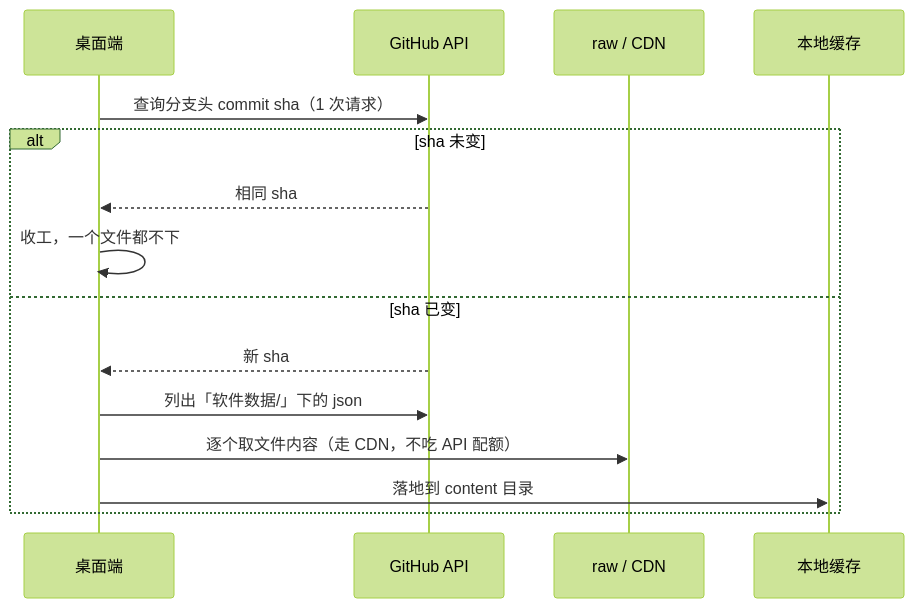
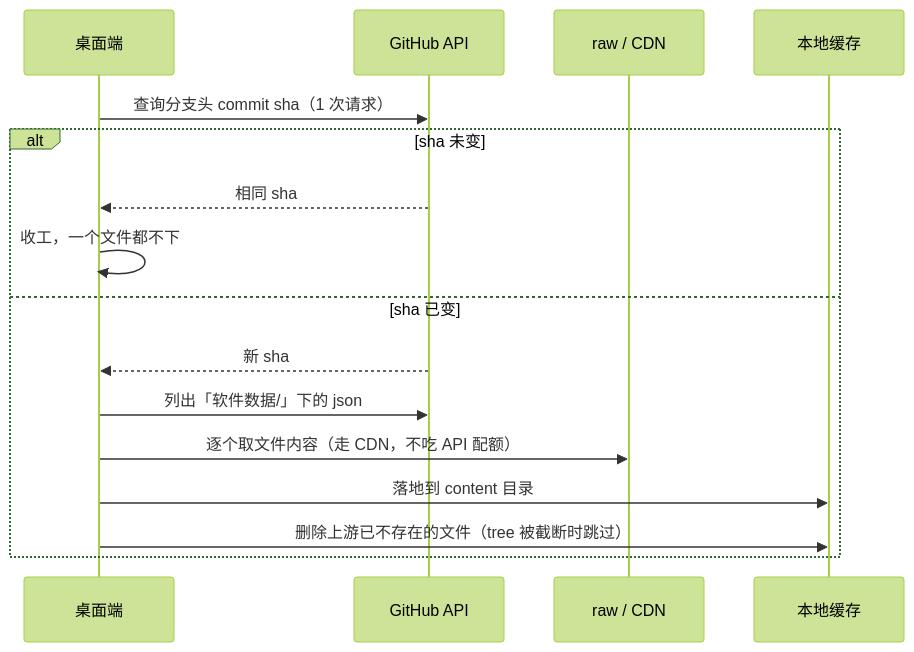
The second of 4 diagrams in docs/dev/architecture.md (c1201y/classsoftwarehub-docs), drawn with Mermaid (forest theme) before and after one commit. The commit also changed other lines of this file and 37 other files, not shown here.

````diff
--- a/docs/dev/architecture.md
+++ b/docs/dev/architecture.md
@@ -67,18 +72,19 @@
 ```mermaid
 sequenceDiagram
     participant App as 桌面端
     participant GH as GitHub API
     participant Raw as raw / CDN
     participant Cache as 本地缓存
 
     App->>GH: 查询分支头 commit sha（1 次请求）
     alt sha 未变
         GH-->>App: 相同 sha
         App->>App: 收工，一个文件都不下
     else sha 已变
         GH-->>App: 新 sha
         App->>GH: 列出「软件数据/」下的 json
         App->>Raw: 逐个取文件内容（走 CDN，不吃 API 配额）
         App->>Cache: 落地到 content 目录
+        App->>Cache: 删除上游已不存在的文件（tree 被截断时跳过）
     end
 ```
````
